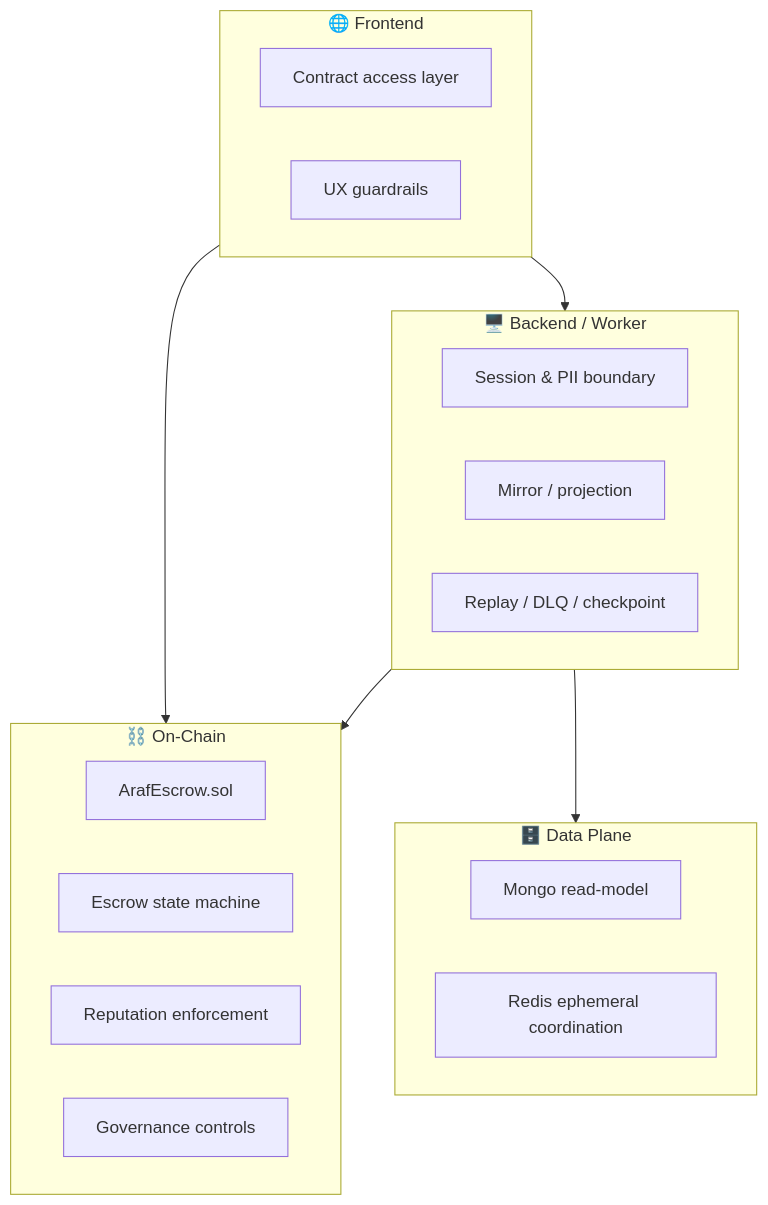
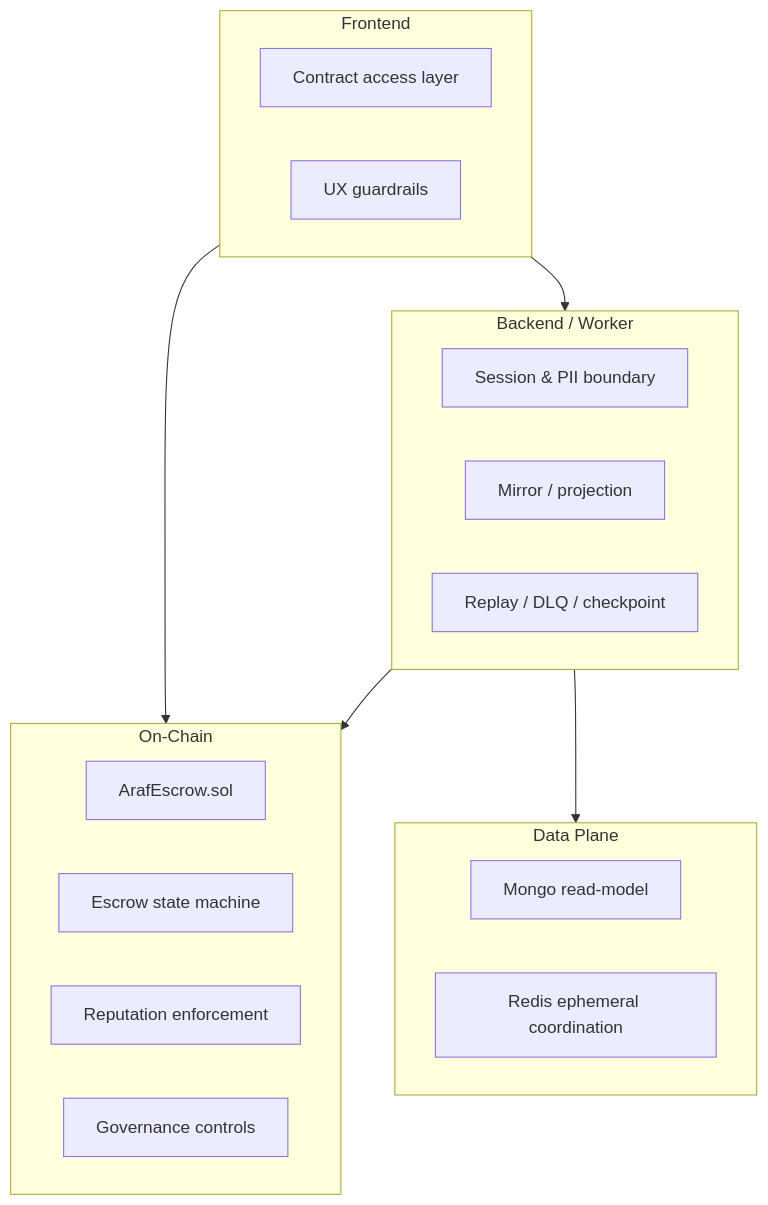
The second of 14 diagrams in docs/EN/ARCHITECTURE.md (MyDemir/Araf-Protokol), drawn with Mermaid before and after one commit. The commit also changed 3 other files, not shown here.

Commit message:
docs: harden mermaid rendering and align V3 game theory

````diff
--- a/docs/EN/ARCHITECTURE.md
+++ b/docs/EN/ARCHITECTURE.md
@@ -86,30 +86,30 @@
 ```mermaid
 graph TB
-    subgraph ONCHAIN ["⛓️ On-Chain"]
+    subgraph ONCHAIN [On-Chain]
         A[ArafEscrow.sol]
         B[Escrow state machine]
         C[Reputation enforcement]
         D[Governance controls]
     end
 
-    subgraph BACKEND ["🖥️ Backend / Worker"]
+    subgraph BACKEND [Backend / Worker]
         E[Session & PII boundary]
         F[Mirror / projection]
         G[Replay / DLQ / checkpoint]
     end
 
-    subgraph DATA ["🗄️ Data Plane"]
+    subgraph DATA [Data Plane]
         H[Mongo read-model]
         I[Redis ephemeral coordination]
     end
 
-    subgraph FE ["🌐 Frontend"]
+    subgraph FE [Frontend]
         J[Contract access layer]
         K[UX guardrails]
     end
 
     FE --> ONCHAIN
     FE --> BACKEND
     BACKEND --> ONCHAIN
     BACKEND --> DATA
 ```
````
